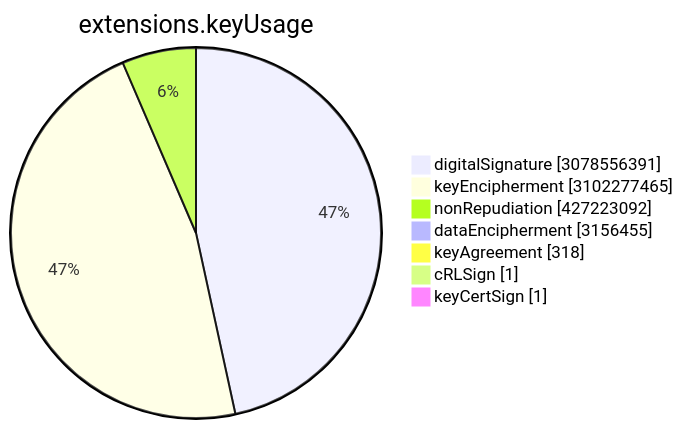
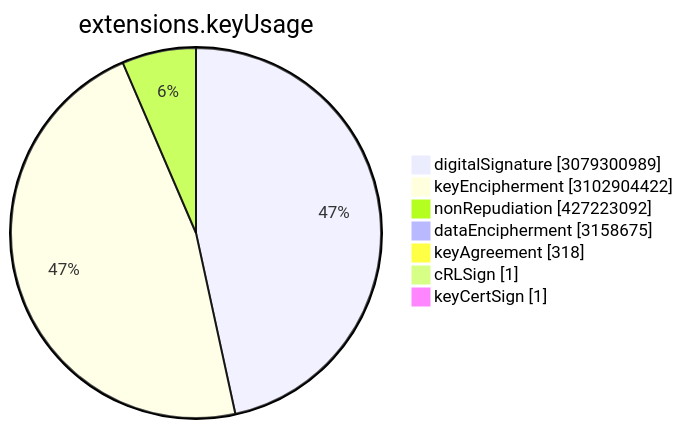
Before and after one commit to christiankrug/ctmonitor_visualization: the sixth of 15 diagrams in TOTAL/README.md, drawn with Mermaid. The commit also changed other lines of this file, not shown here.

````diff
--- a/TOTAL/README.md
+++ b/TOTAL/README.md
@@ -3075,11 +3075,11 @@
 ```mermaid
 pie showData
 title extensions.keyUsage
-"digitalSignature" :3078556391
-"keyEncipherment" :3102277465
+"digitalSignature" :3079300989
+"keyEncipherment" :3102904422
 "nonRepudiation" :427223092
-"dataEncipherment" :3156455
+"dataEncipherment" :3158675
 "keyAgreement" :318
 "cRLSign" :1
 "keyCertSign" :1
 ```
````
